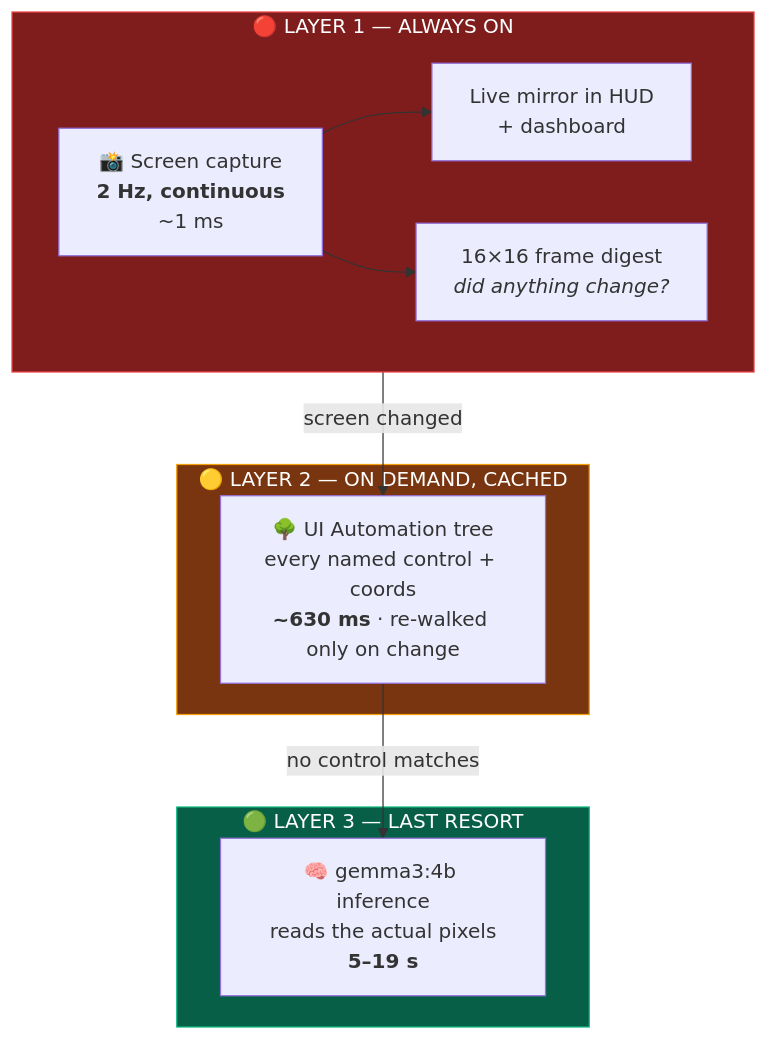
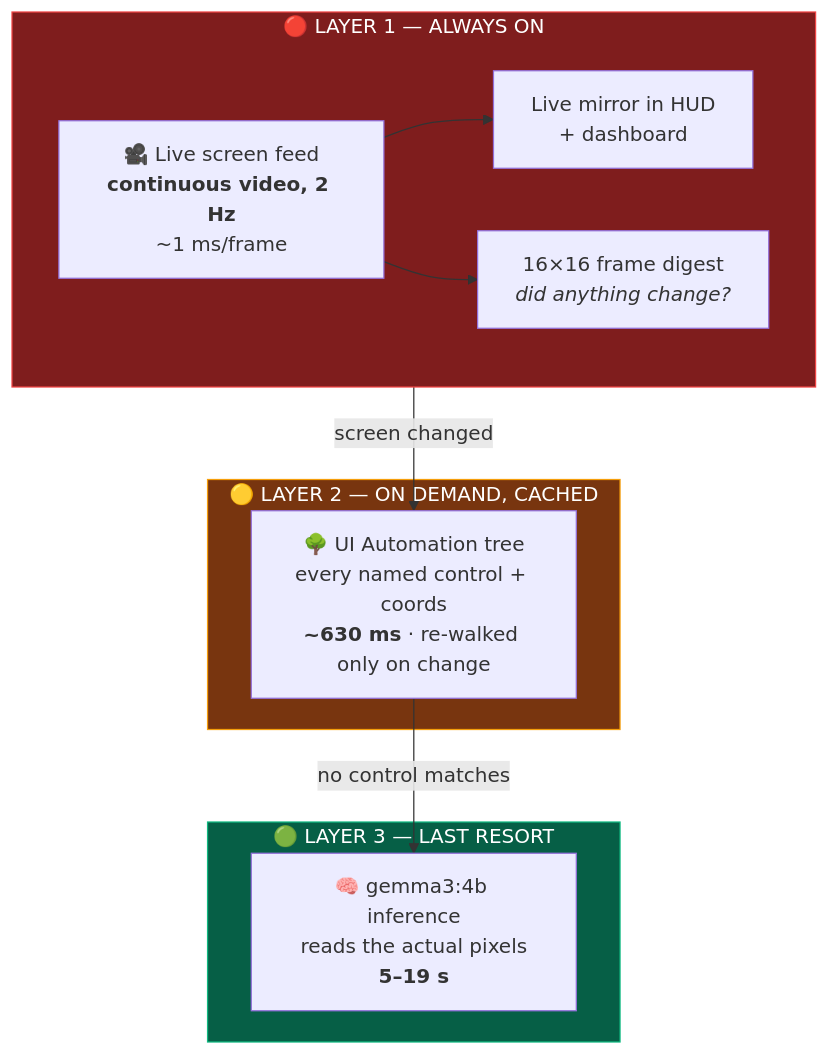
One commit to SwaRaaaj/Jarvis2.0 changed the fifth of 7 diagrams in README.md. Above: the diagram before and after it, drawn with Mermaid. The commit also changed other lines of this file, not shown here.

First line of the commit message:
Describe perception as a live video feed, not screenshots

````diff
--- a/README.md
+++ b/README.md
@@ -401,23 +401,23 @@
 ```mermaid
 flowchart TB
     subgraph A["🔴  LAYER 1 — ALWAYS ON"]
         direction LR
-        CAP["📸 Screen capture<br/><b>2 Hz, continuous</b><br/>~1 ms"] --> MIRROR["Live mirror in HUD<br/>+ dashboard"]
+        CAP["🎥 Live screen feed<br/><b>continuous video, 2 Hz</b><br/>~1 ms/frame"] --> MIRROR["Live mirror in HUD<br/>+ dashboard"]
         CAP --> DIGEST["16×16 frame digest<br/><i>did anything change?</i>"]
     end
 
     subgraph B["🟡  LAYER 2 — ON DEMAND, CACHED"]
         TREE["🌳 UI Automation tree<br/>every named control + coords<br/><b>~630 ms</b> · re-walked only on change"]
     end
 
     subgraph C["🟢  LAYER 3 — LAST RESORT"]
         VIS["🧠 gemma3:4b inference<br/>reads the actual pixels<br/><b>5–19 s</b>"]
     end
 
     DIGEST -->|"screen changed"| TREE
     TREE -->|"no control matches"| VIS
 
     style A fill:#7f1d1d,stroke:#ef4444,color:#fff
     style B fill:#78350f,stroke:#f59e0b,color:#fff
     style C fill:#065f46,stroke:#10b981,color:#fff
 ```
````
